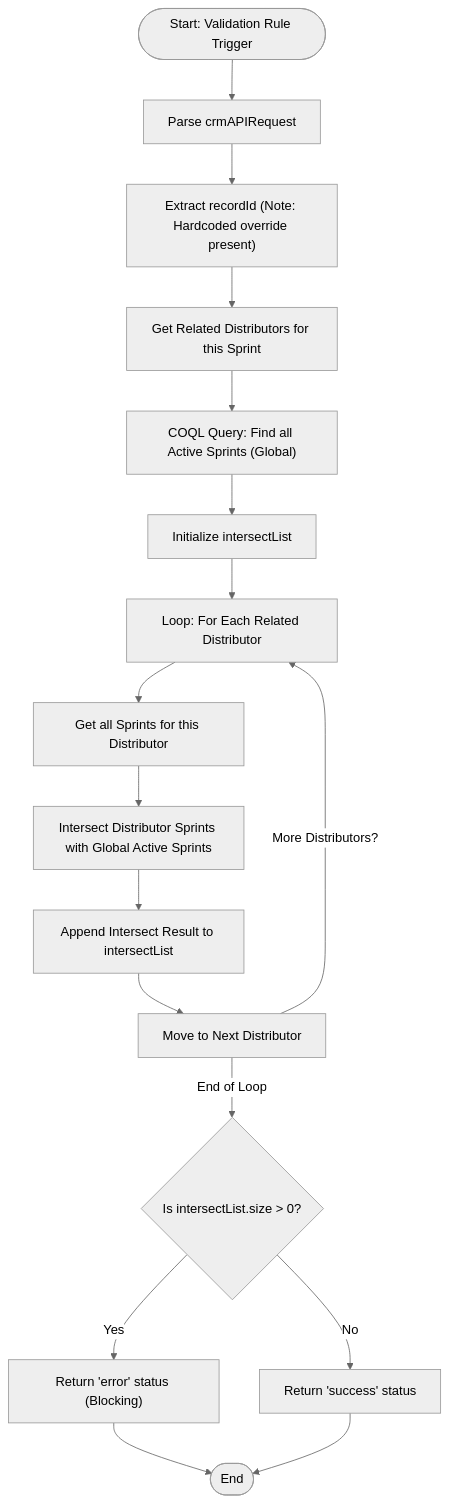
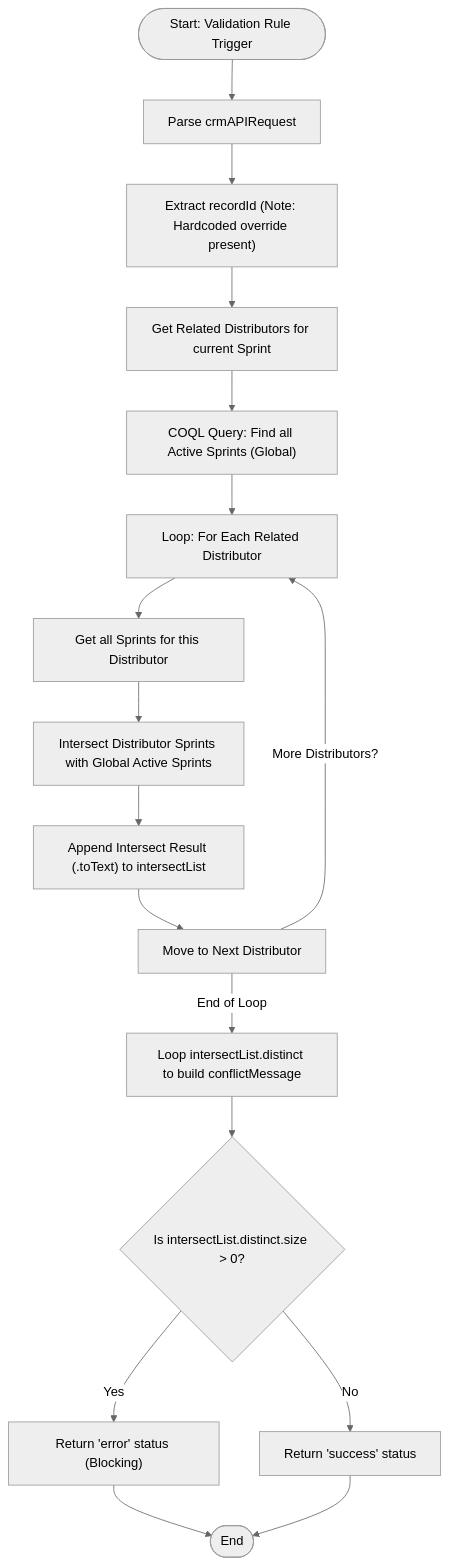
Before and after one commit to martinkp93/zoho-scripts: the diagram in scripts/sendToActiveCampaignLimit/sendToActiveCampaignLimit.md, drawn with Mermaid (neutral theme). The commit also changed other lines of this file, not shown here.

````diff
--- a/scripts/sendToActiveCampaignLimit/sendToActiveCampaignLimit.md
+++ b/scripts/sendToActiveCampaignLimit/sendToActiveCampaignLimit.md
@@ -31,19 +31,19 @@
 ```mermaid
 graph TD
     Start(["Start: Validation Rule Trigger"]) --> Parse["Parse crmAPIRequest"]
     Parse --> GetID["Extract recordId (Note: Hardcoded override present)"]
-    GetID --> GetDistributors["Get Related Distributors for this Sprint"]
+    GetID --> GetDistributors["Get Related Distributors for current Sprint"]
     GetDistributors --> COQL["COQL Query: Find all Active Sprints (Global)"]
-    COQL --> InitList["Initialize intersectList"]
-    InitList --> LoopDistributors["Loop: For Each Related Distributor"]
+    COQL --> LoopDistributors["Loop: For Each Related Distributor"]
     LoopDistributors --> GetDistributorSprints["Get all Sprints for this Distributor"]
     GetDistributorSprints --> Intersect["Intersect Distributor Sprints with Global Active Sprints"]
-    Intersect --> Append["Append Intersect Result to intersectList"]
+    Intersect --> Append["Append Intersect Result (.toText) to intersectList"]
     Append --> NextDistributor["Move to Next Distributor"]
     NextDistributor -- "More Distributors?" --> LoopDistributors
-    NextDistributor -- "End of Loop" --> FinalCheck{"Is intersectList.size > 0?"}
+    NextDistributor -- "End of Loop" --> BuildMsg["Loop intersectList.distinct to build conflictMessage"]
+    BuildMsg --> FinalCheck{"Is intersectList.distinct.size > 0?"}
     FinalCheck -- "Yes" --> Error["Return 'error' status (Blocking)"]
     FinalCheck -- "No" --> Success["Return 'success' status"]
     Error --> End(["End"])
     Success --> End
 ```
````
